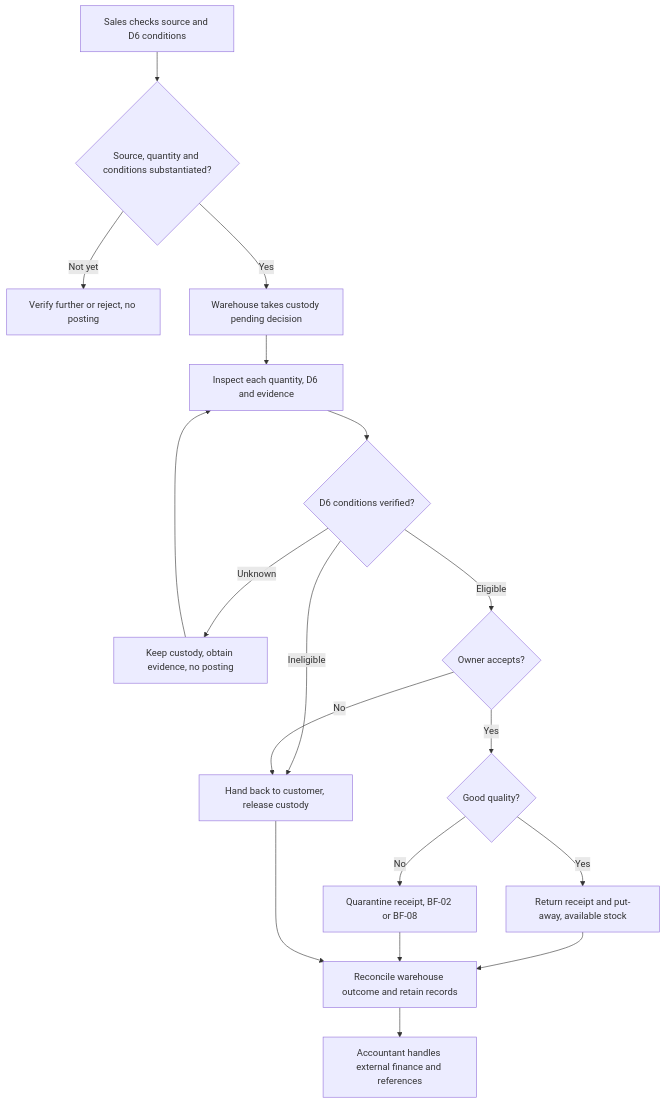
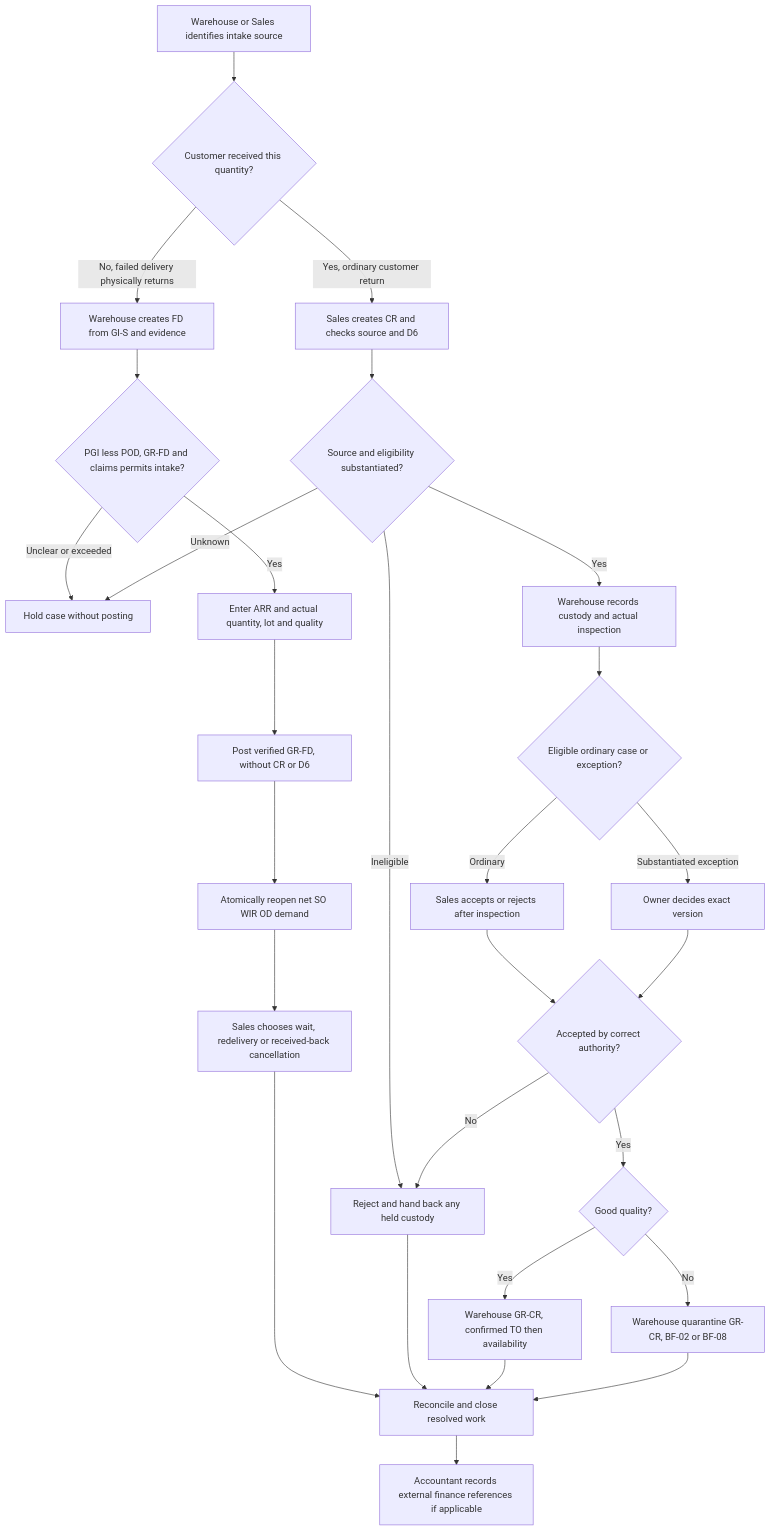
One commit to minhbach032003/docs_doan changed the eighth of 9 diagrams in docs/02_nghiep_vu/de_xuat_quy_trinh_2_EN.md. Above: the diagram before and after it, drawn with Mermaid. The commit also changed other lines of this file and 3 other files, not shown here.

````diff
--- a/docs/02_nghiep_vu/de_xuat_quy_trinh_2_EN.md
+++ b/docs/02_nghiep_vu/de_xuat_quy_trinh_2_EN.md
@@ -785,20 +820,30 @@
 ```mermaid
 flowchart TD
- A[Sales checks source and D6 conditions] --> B{Source, quantity and conditions substantiated?}
- B -->|Not yet| C[Verify further or reject, no posting]
- B -->|Yes| D[Warehouse takes custody pending decision]
- D --> E[Inspect each quantity, D6 and evidence]
- E --> Q{D6 conditions verified?}
- Q -->|Unknown| P[Keep custody, obtain evidence, no posting]
- P --> E
- Q -->|Ineligible| G[Hand back to customer, release custody]
- Q -->|Eligible| F{Owner accepts?}
- F -->|No| G[Hand back to customer, release custody]
- F -->|Yes| H{Good quality?}
- H -->|Yes| I[Return receipt and put-away, available stock]
- H -->|No| J[Quarantine receipt, BF-02 or BF-08]
- I --> K[Reconcile warehouse outcome and retain records]
- J --> K
- G --> K
- K --> L[Accountant handles external finance and references]
+ A[Warehouse or Sales identifies intake source] --> B{Customer received this quantity?}
+ B -->|No, failed delivery physically returns| F1[Warehouse creates FD from GI-S and evidence]
+ F1 --> F2{PGI less POD, GR-FD and claims permits intake?}
+ F2 -->|Unclear or exceeded| W[Hold case without posting]
+ F2 -->|Yes| F3[Enter ARR and actual quantity, lot and quality]
+ F3 --> F4[Post verified GR-FD, without CR or D6]
+ F4 --> F5[Atomically reopen net SO WIR OD demand]
+ F5 --> F6[Sales chooses wait, redelivery or received-back cancellation]
+ F6 --> Z[Reconcile and close resolved work]
+ B -->|Yes, ordinary customer return| C1[Sales creates CR and checks source and D6]
+ C1 --> C2{Source and eligibility substantiated?}
+ C2 -->|Unknown| W
+ C2 -->|Ineligible| R[Reject and hand back any held custody]
+ C2 -->|Yes| C3[Warehouse records custody and actual inspection]
+ C3 --> C4{Eligible ordinary case or exception?}
+ C4 -->|Ordinary| S[Sales accepts or rejects after inspection]
+ C4 -->|Substantiated exception| O[Owner decides exact version]
+ S --> D{Accepted by correct authority?}
+ O --> D
+ D -->|No| R
+ D -->|Yes| Q{Good quality?}
+ Q -->|Yes| G[Warehouse GR-CR, confirmed TO then availability]
+ Q -->|No| H[Warehouse quarantine GR-CR, BF-02 or BF-08]
+ R --> Z
+ G --> Z
+ H --> Z
+ Z --> X[Accountant records external finance references if applicable]
 ```
````
